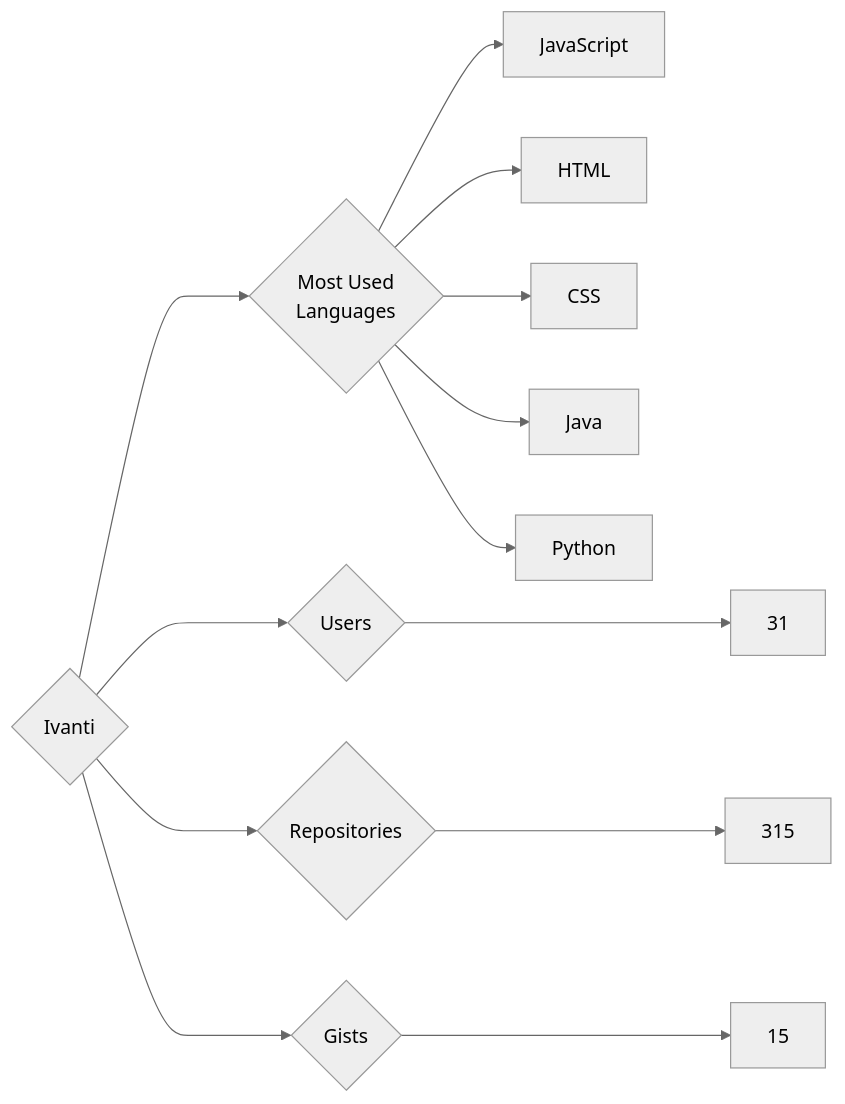
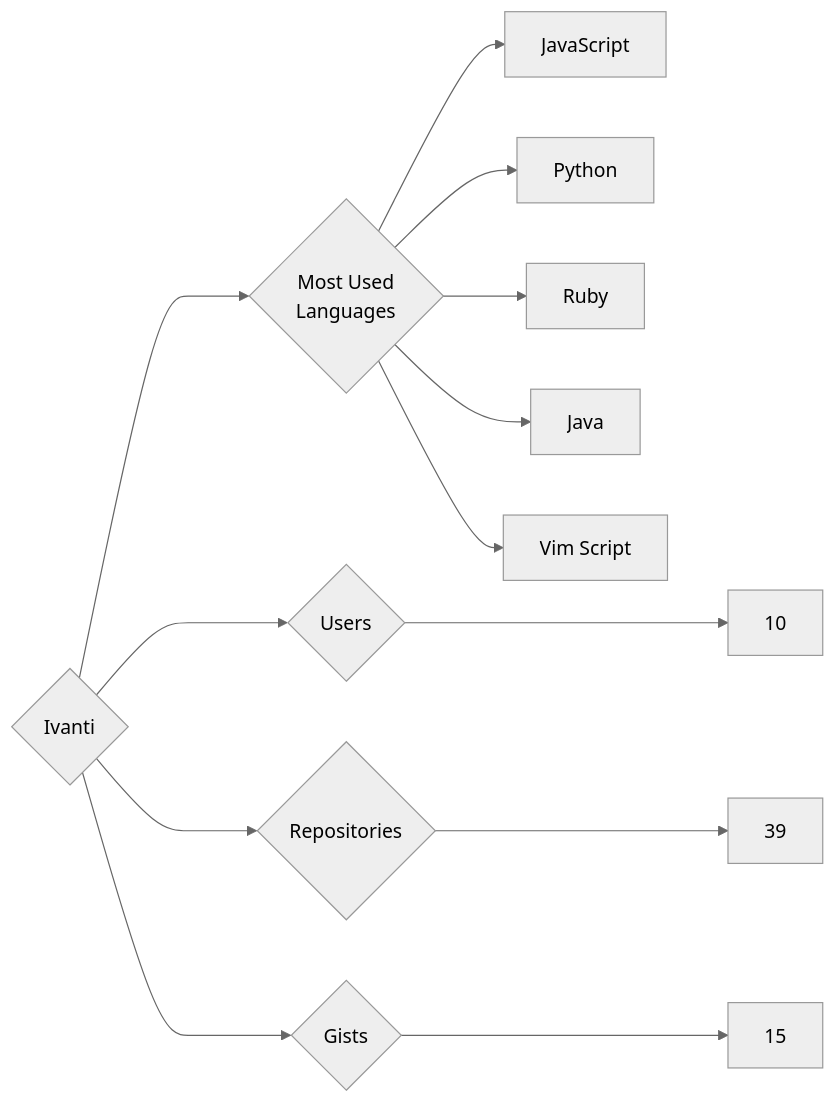
The diagram in targets/Ivanti/README.md (trickest/insiders), drawn with Mermaid (neutral theme) before and after one commit. The commit also changed 676 other files, not shown here.

````diff
--- a/targets/Ivanti/README.md
+++ b/targets/Ivanti/README.md
@@ -3,13 +3,13 @@
 ```mermaid
 graph LR
 COMPANY_NAME{Ivanti}
-COMPANY_NAME ---> U{Users} ---> UN[31]
-COMPANY_NAME ---> R{Repositories} ---> RN[315]
+COMPANY_NAME ---> U{Users} ---> UN[10]
+COMPANY_NAME ---> R{Repositories} ---> RN[39]
 COMPANY_NAME ---> G{Gists} ---> GN[15]
 COMPANY_NAME ---> ML{Most Used<br>Languages}
 ML --> JavaScript[JavaScript]
-ML --> HTML[HTML]
-ML --> CSS[CSS]
+ML --> Python[Python]
+ML --> Ruby[Ruby]
 ML --> Java[Java]
-ML --> Python[Python]
+ML --> Vim_Script[Vim Script]
 ```
````
